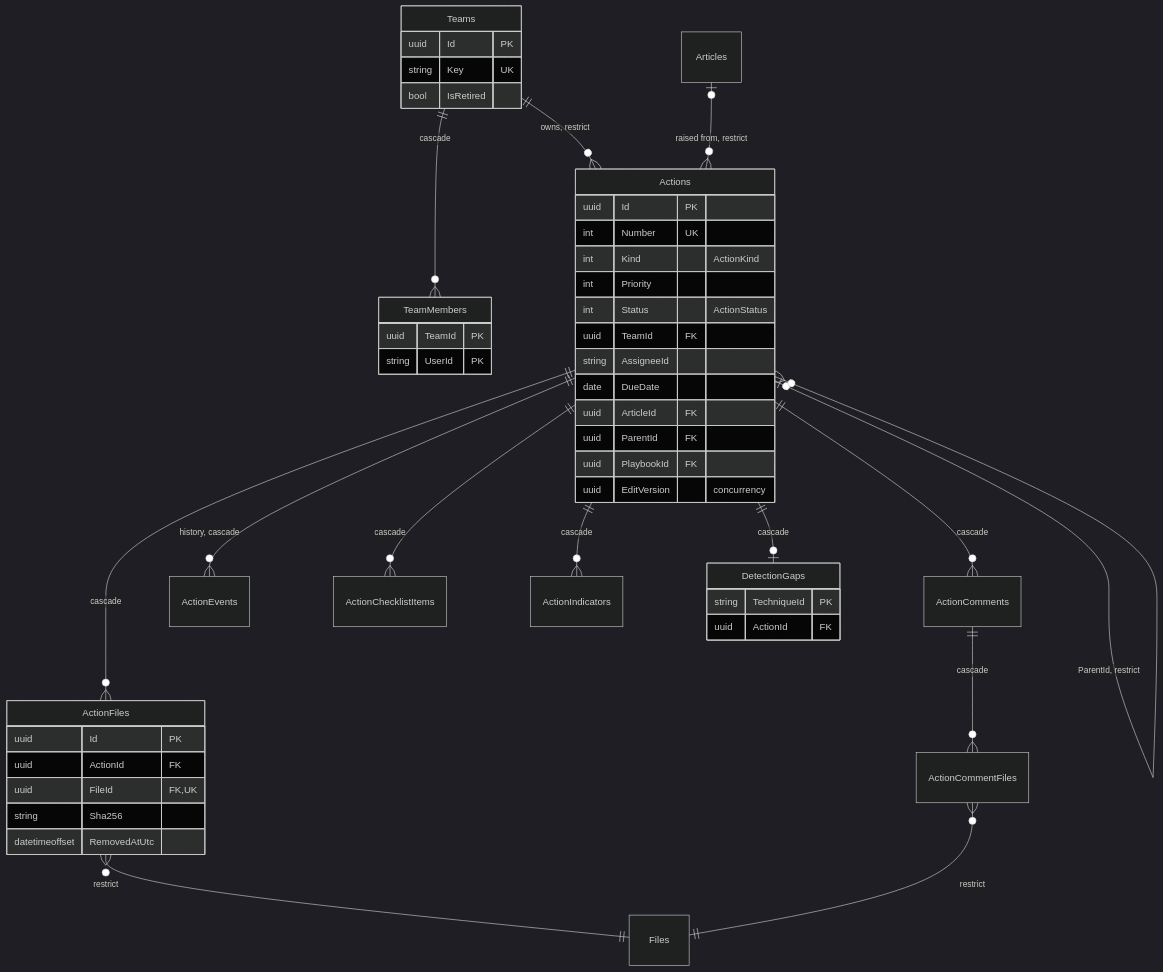
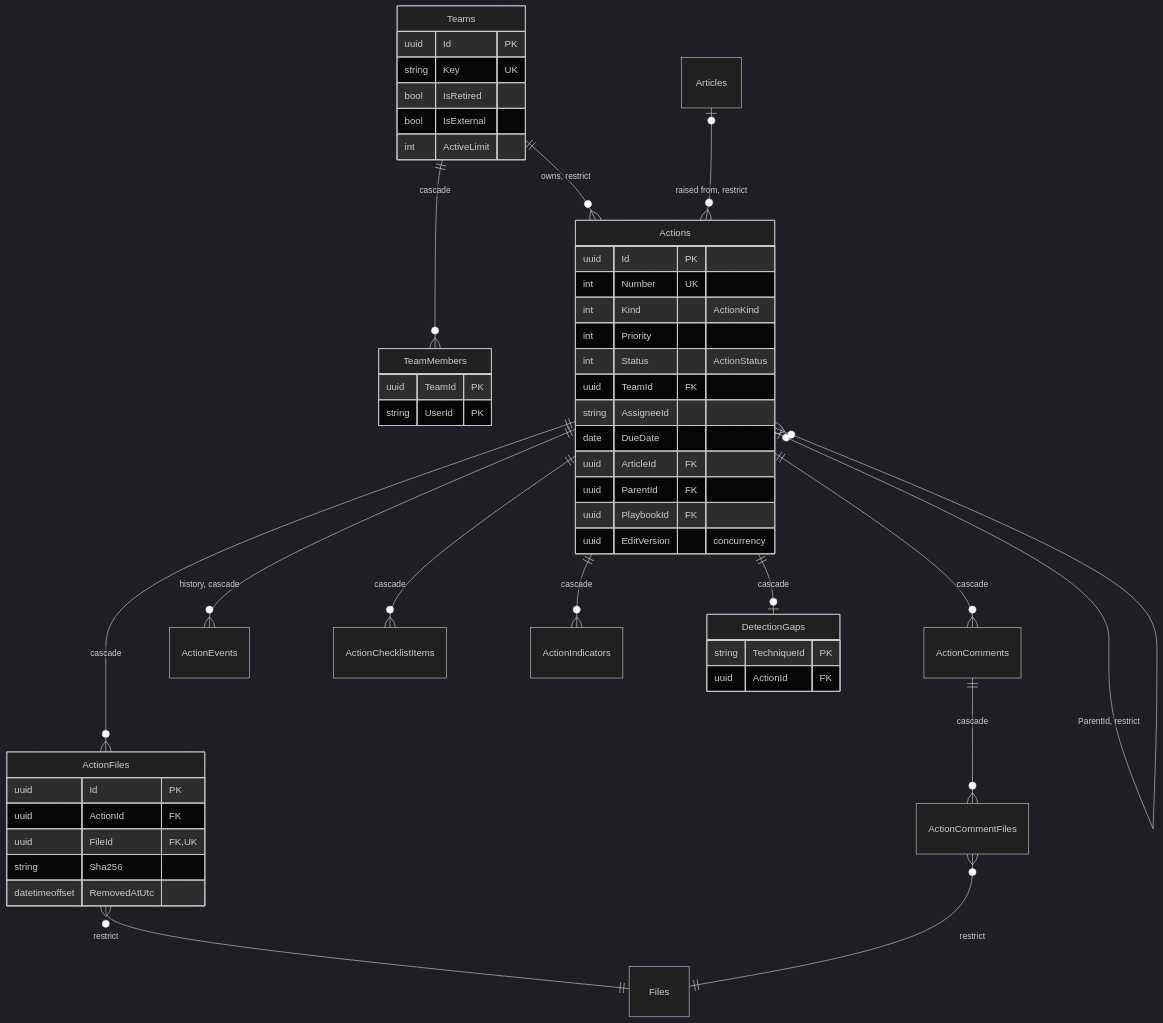
One commit to jashley92/Tide changed the sixth of 12 diagrams in docs/architecture/data-model.md. Above: the diagram before and after it, drawn with Mermaid (dark theme). The commit also changed other lines of this file and 75 other files, not shown here.

````diff
--- a/docs/architecture/data-model.md
+++ b/docs/architecture/data-model.md
@@ -305,51 +305,53 @@
 ```mermaid
 erDiagram
     Teams ||--o{ TeamMembers : "cascade"
     Teams ||--o{ Actions : "owns, restrict"
     Articles |o--o{ Actions : "raised from, restrict"
     Actions |o--o{ Actions : "ParentId, restrict"
     Actions ||--o{ ActionComments : "cascade"
     ActionComments ||--o{ ActionCommentFiles : "cascade"
     Actions ||--o{ ActionFiles : "cascade"
     ActionFiles }o--|| Files : "restrict"
     ActionCommentFiles }o--|| Files : "restrict"
     Actions ||--o{ ActionEvents : "history, cascade"
     Actions ||--o{ ActionChecklistItems : "cascade"
     Actions ||--o{ ActionIndicators : "cascade"
     Actions ||--o| DetectionGaps : "cascade"
 
     Actions {
         uuid Id PK
         int Number UK
         int Kind "ActionKind"
         int Priority
         int Status "ActionStatus"
         uuid TeamId FK
         string AssigneeId
         date DueDate
         uuid ArticleId FK
         uuid ParentId FK
         uuid PlaybookId FK
         uuid EditVersion "concurrency"
     }
     Teams {
         uuid Id PK
         string Key UK
         bool IsRetired
+        bool IsExternal
+        int ActiveLimit
     }
     TeamMembers {
         uuid TeamId PK
         string UserId PK
     }
     ActionFiles {
         uuid Id PK
         uuid ActionId FK
         uuid FileId FK, UK
         string Sha256
         datetimeoffset RemovedAtUtc
     }
     DetectionGaps {
         string TechniqueId PK
         uuid ActionId FK
     }
 ```
````
